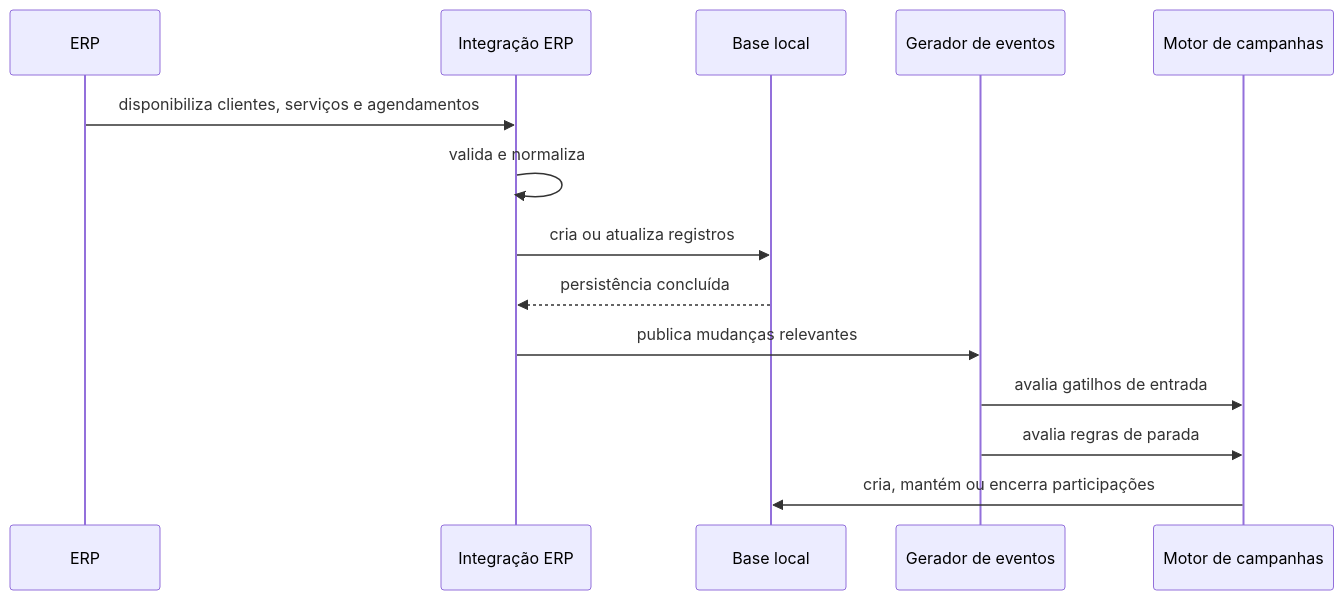
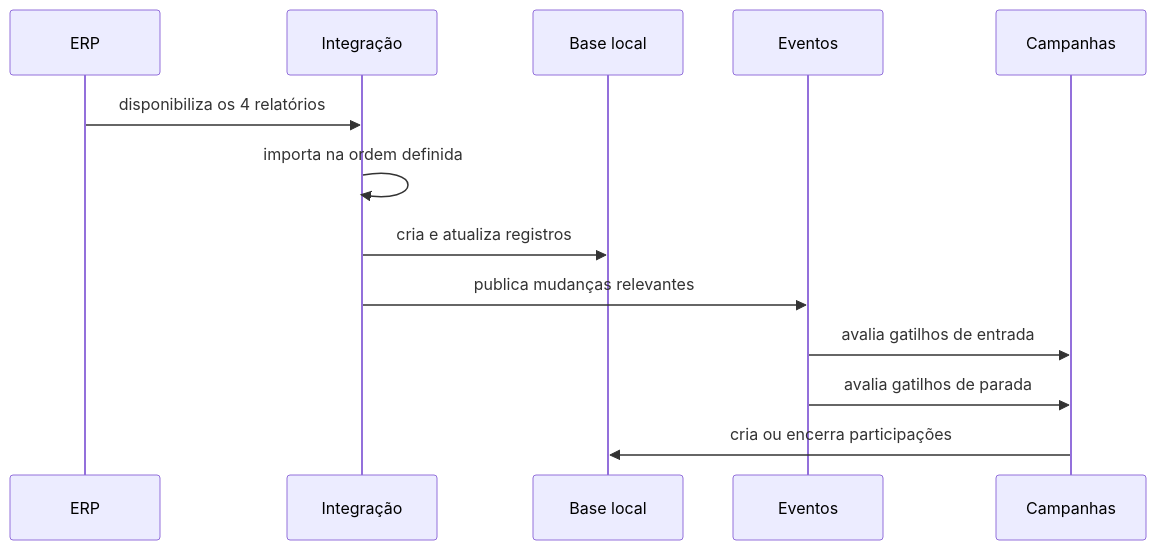
The third of 4 diagrams in docs/integracao-erp.md (vinicerutti1/doc-pombocorreio), drawn with Mermaid before and after one commit. The commit also changed other lines of this file, not shown here.

Commit message:
docs: define ordem oficial das importações do ERP

````diff
--- a/docs/integracao-erp.md
+++ b/docs/integracao-erp.md
@@ -463,17 +311,16 @@
 ```mermaid
 sequenceDiagram
     participant ERP
-    participant Integracao as Integração ERP
+    participant Integracao as Integração
     participant Base as Base local
-    participant Eventos as Gerador de eventos
-    participant Campanhas as Motor de campanhas
+    participant Eventos
+    participant Campanhas
 
-    ERP->>Integracao: disponibiliza clientes, serviços e agendamentos
-    Integracao->>Integracao: valida e normaliza
-    Integracao->>Base: cria ou atualiza registros
-    Base-->>Integracao: persistência concluída
+    ERP->>Integracao: disponibiliza os 4 relatórios
+    Integracao->>Integracao: importa na ordem definida
+    Integracao->>Base: cria e atualiza registros
     Integracao->>Eventos: publica mudanças relevantes
     Eventos->>Campanhas: avalia gatilhos de entrada
-    Eventos->>Campanhas: avalia regras de parada
-    Campanhas->>Base: cria, mantém ou encerra participações
+    Eventos->>Campanhas: avalia gatilhos de parada
+    Campanhas->>Base: cria ou encerra participações
 ```
````
